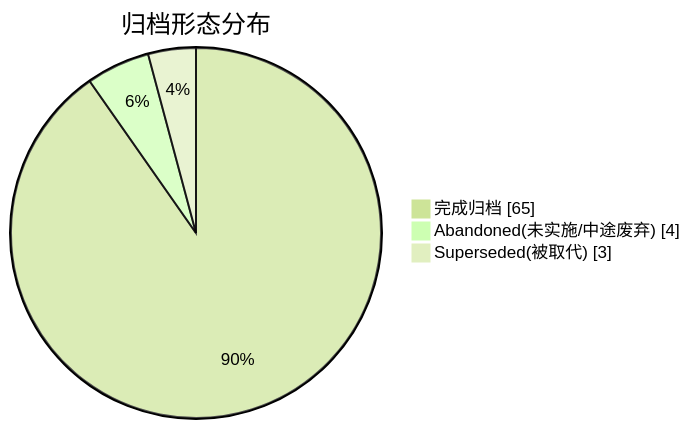
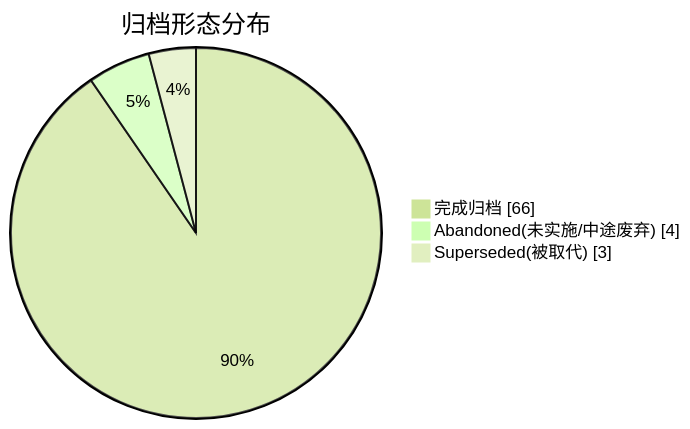
The second of 2 diagrams in docs/superpowers/ARCHIVE.md (golddream-y/obsidian-ratel), drawn with Mermaid (forest theme) before and after one commit. The commit also changed other lines of this file and 11 other files, not shown here.

````diff
--- a/docs/superpowers/ARCHIVE.md
+++ b/docs/superpowers/ARCHIVE.md
@@ -24,6 +24,6 @@
 ```mermaid
 pie showData title 归档形态分布
-    "完成归档" : 65
+    "完成归档" : 66
     "Abandoned(未实施/中途废弃)" : 4
     "Superseded(被取代)" : 3
 ```
````
